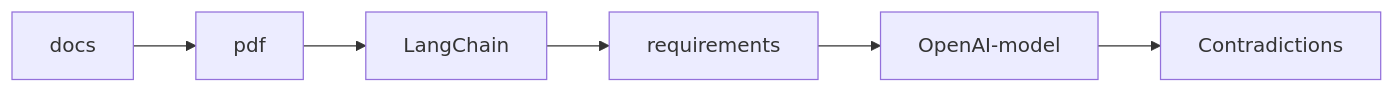
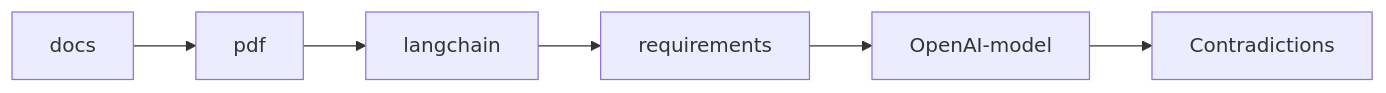
Before and after one commit to Ritunjay-11/langchainqna: the diagram in README.md, drawn with Mermaid. The commit also changed other lines of this file, not shown here.

Commit message:
langchain

````diff
--- a/README.md
+++ b/README.md
@@ -23,8 +23,8 @@
 ```mermaid
   graph LR;
     docs-->pdf;
-    pdf-->LangChain;
-    LangChain-->requirements;
+    pdf-->langchain;
+    langchain-->requirements;
     requirements-->OpenAI-model;
     OpenAI-model-->Contradictions;
 ```
````
